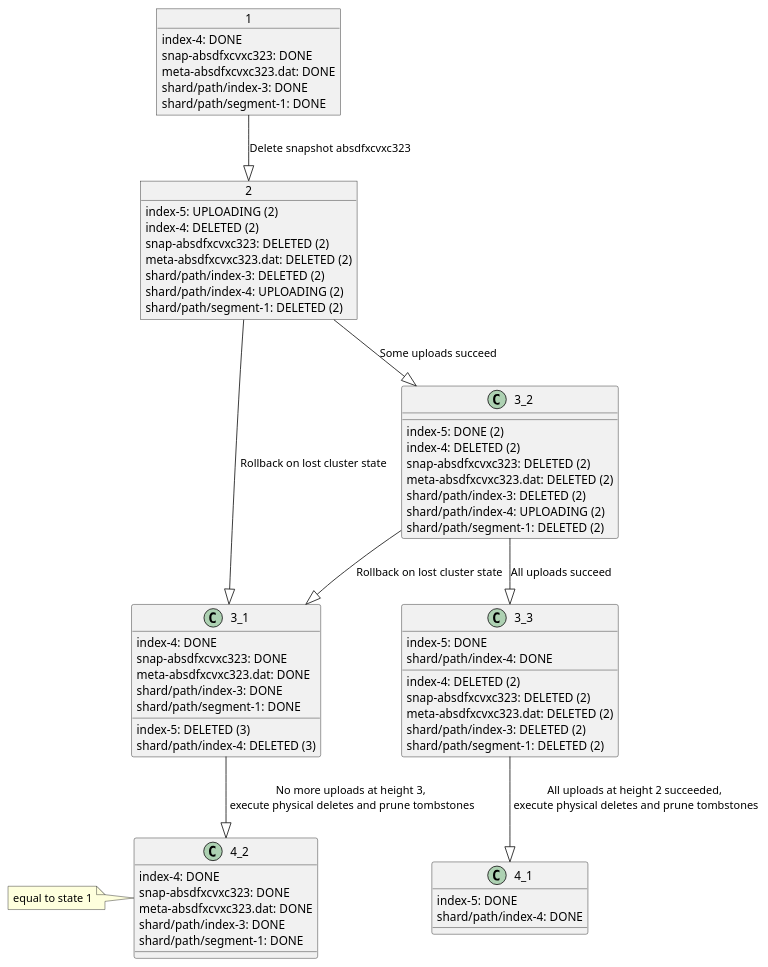
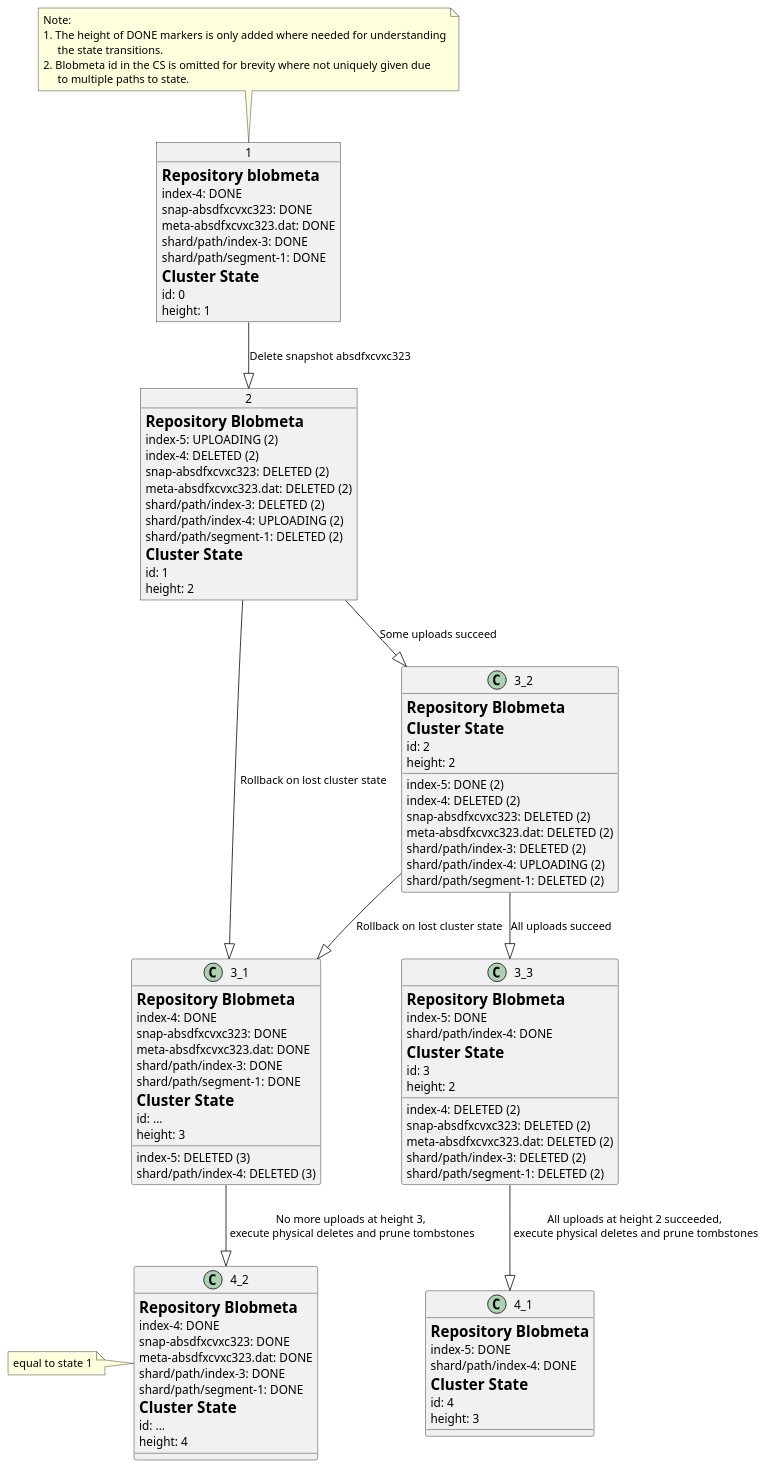
One commit to original-brownbear/elasticsearch changed the diagram in meta-state-transitions-delete.puml. Above: the diagram before and after it, drawn with PlantUML. The commit also changed 2 other files, not shown here.

```diff
--- a/meta-state-transitions-delete.puml
+++ b/meta-state-transitions-delete.puml
@@ -1,76 +1,111 @@
 @startuml
 
 Object 1 {
+    =Repository blobmeta
     index-4: DONE
     snap-absdfxcvxc323: DONE
     meta-absdfxcvxc323.dat: DONE
     shard/path/index-3: DONE
     shard/path/segment-1: DONE
+    =Cluster State
+    id: 0
+    height: 1
 }
+note top
+ Note:
+ 1. The height of DONE markers is only added where needed for understanding
+      the state transitions.
+ 2. Blobmeta id in the CS is omitted for brevity where not uniquely given due
+      to multiple paths to state.
+end note
 
 Object 2 {
+    =Repository Blobmeta
     index-5: UPLOADING (2)
     index-4: DELETED (2)
     snap-absdfxcvxc323: DELETED (2)
     meta-absdfxcvxc323.dat: DELETED (2)
     shard/path/index-3: DELETED (2)
     shard/path/index-4: UPLOADING (2)
     shard/path/segment-1: DELETED (2)
+    =Cluster State
+    id: 1
+    height: 2
 }
 
 1 --|> 2: Delete snapshot absdfxcvxc323
 
 2 -|> 3_1: Rollback on lost cluster state
 2 --|> 3_2: Some uploads succeed
 3_2 --|> 3_3: All uploads succeed
 3_2 --|> 3_1: Rollback on lost cluster state
 
 Object 3_1 {
+    =Repository Blobmeta
     index-5: DELETED (3)
     index-4: DONE
     snap-absdfxcvxc323: DONE
     meta-absdfxcvxc323.dat: DONE
     shard/path/index-3: DONE
     shard/path/index-4: DELETED (3)
     shard/path/segment-1: DONE
+    =Cluster State
+    id: ...
+    height: 3
 }
 
 Object 3_2 {
+    =Repository Blobmeta
     index-5: DONE (2)
     index-4: DELETED (2)
     snap-absdfxcvxc323: DELETED (2)
     meta-absdfxcvxc323.dat: DELETED (2)
     shard/path/index-3: DELETED (2)
     shard/path/index-4: UPLOADING (2)
     shard/path/segment-1: DELETED (2)
+    =Cluster State
+    id: 2
+    height: 2
 }
 
 Object 3_3 {
+    =Repository Blobmeta
     index-5: DONE
     index-4: DELETED (2)
     snap-absdfxcvxc323: DELETED (2)
     meta-absdfxcvxc323.dat: DELETED (2)
     shard/path/index-3: DELETED (2)
     shard/path/index-4: DONE
     shard/path/segment-1: DELETED (2)
+    =Cluster State
+    id: 3
+    height: 2
 }
 
 3_3 --|> 4_1: All uploads at height 2 succeeded,\n execute physical deletes and prune tombstones
 3_1 --|> 4_2: No more uploads at height 3,\n execute physical deletes and prune tombstones
 
 
 Object 4_1 {
+    =Repository Blobmeta
     index-5: DONE
     shard/path/index-4: DONE
+    =Cluster State
+    id: 4
+    height: 3
 }
 
 Object 4_2 {
+    =Repository Blobmeta
     index-4: DONE
     snap-absdfxcvxc323: DONE
     meta-absdfxcvxc323.dat: DONE
     shard/path/index-3: DONE
     shard/path/segment-1: DONE
+    =Cluster State
+    id: ...
+    height: 4
 }
 note left: equal to state 1
 
 @enduml
```
